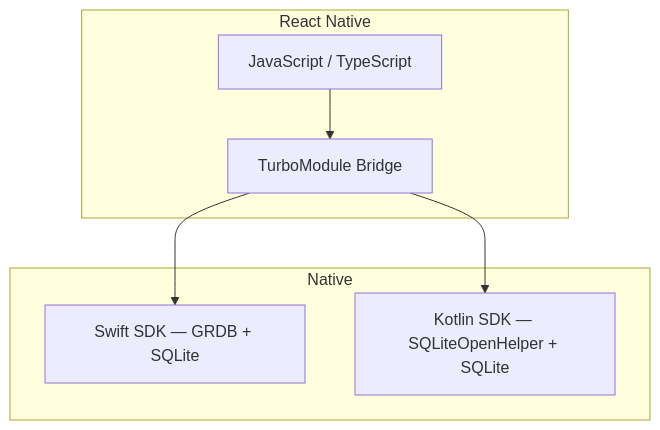
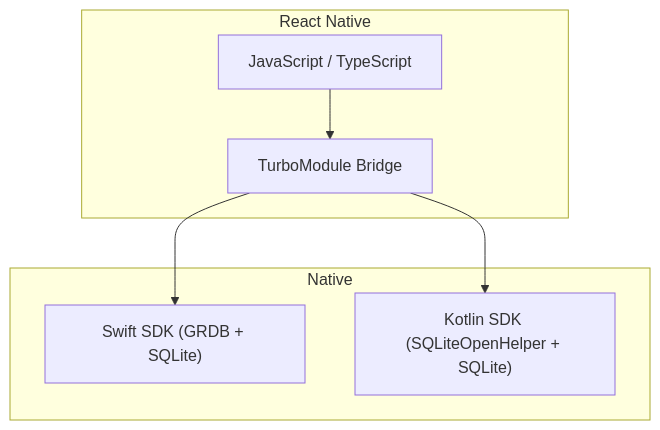
One commit to trainstar/synchro changed the first of 2 diagrams in docs/src/content/docs/clients/overview.md. Above: the diagram before and after it, drawn with Mermaid. The commit also changed other lines of this file and 10 other files, not shown here.

```diff
--- a/docs/src/content/docs/clients/overview.md
+++ b/docs/src/content/docs/clients/overview.md
@@ -23,14 +23,14 @@
 <pre class="mermaid">
 graph TB
     subgraph "React Native"
         JS[JavaScript / TypeScript]
         Bridge[TurboModule Bridge]
     end
     subgraph "Native"
-        Swift["Swift SDK — GRDB + SQLite"]
-        Kotlin["Kotlin SDK — SQLiteOpenHelper + SQLite"]
+        Swift["Swift SDK (GRDB + SQLite)"]
+        Kotlin["Kotlin SDK (SQLiteOpenHelper + SQLite)"]
     end
     JS --> Bridge
     Bridge --> Swift
     Bridge --> Kotlin
 </pre>
```
